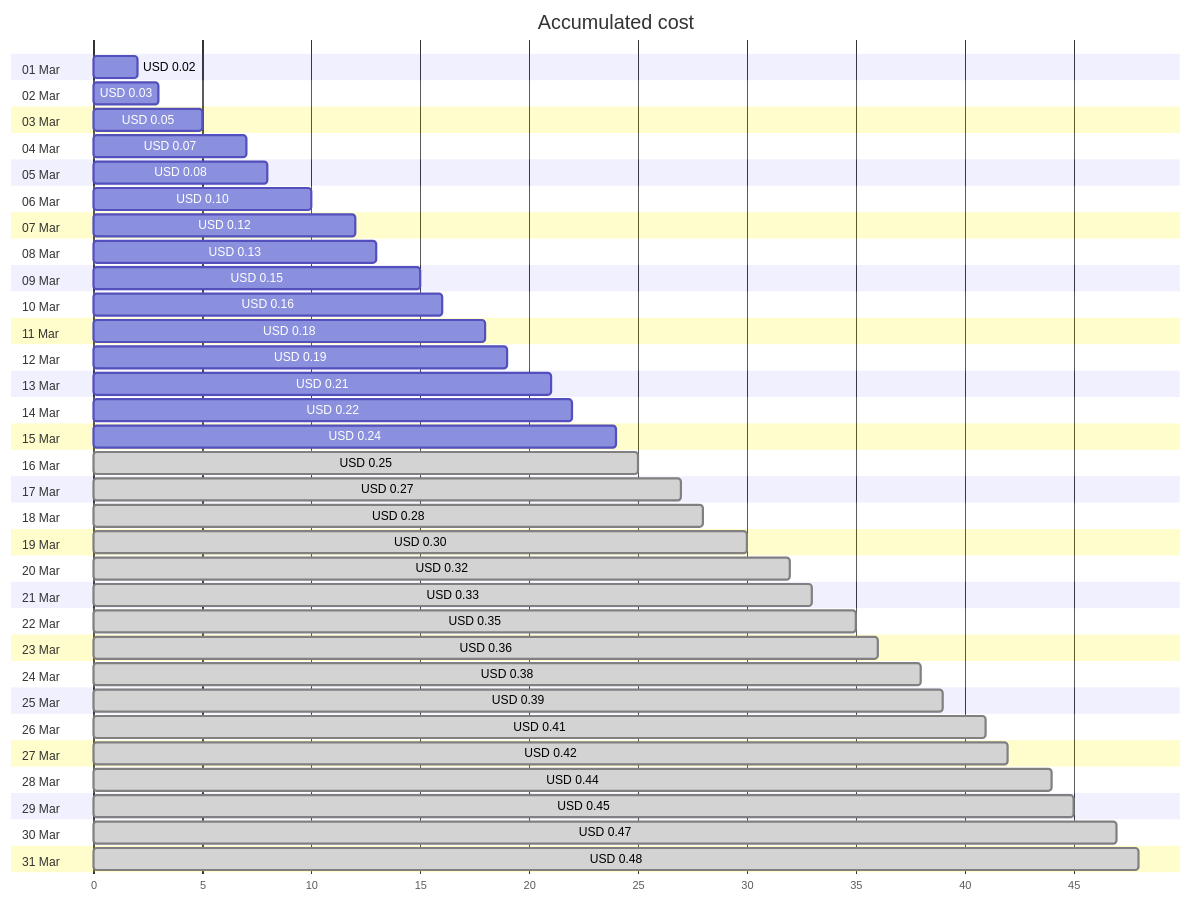
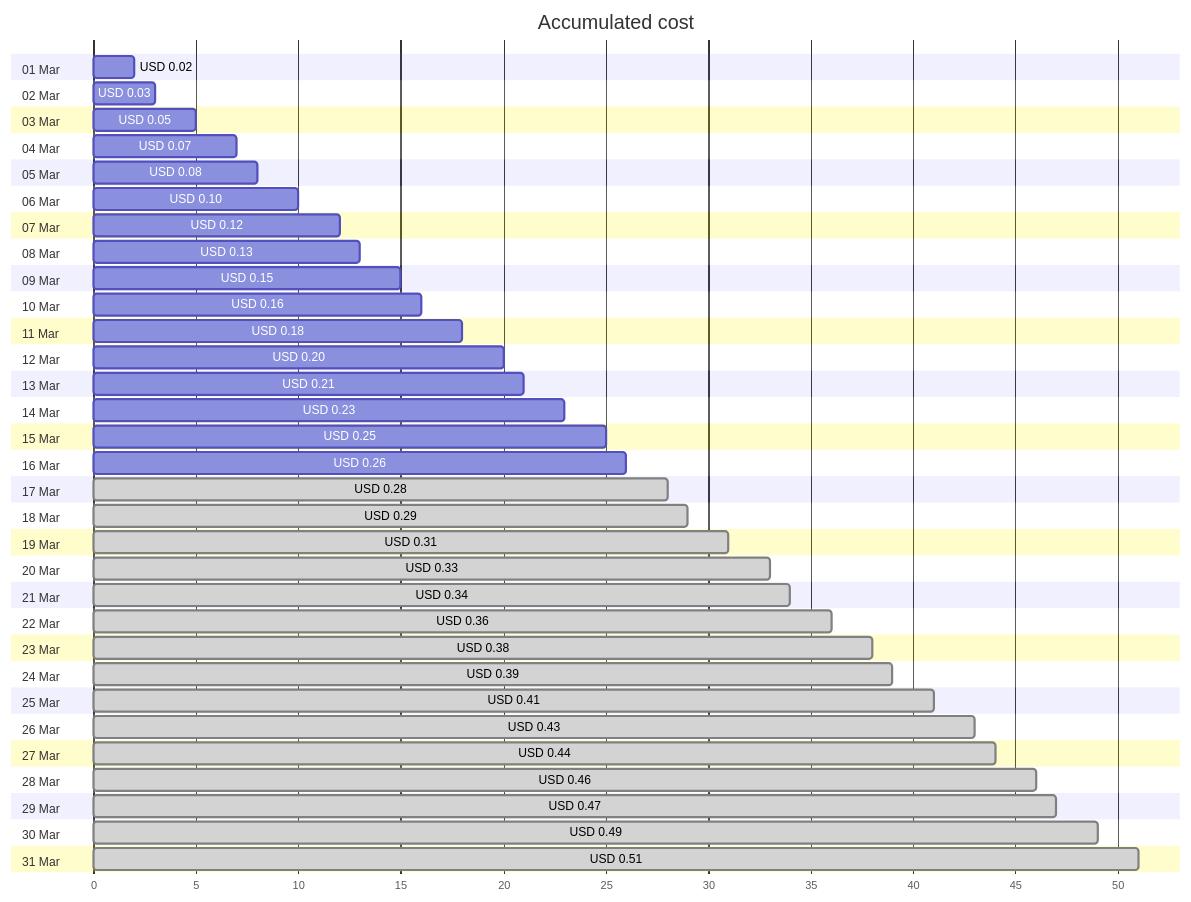
One commit to jpfulton/azure-personal-reports changed the first of 4 diagrams in cost-reports/personal-dns/jpatrickfulton.com.md. Above: the diagram before and after it, drawn with Mermaid. The commit also changed other lines of this file and 2 other files, not shown here.

Commit message:
Generated reports [skip ci]

````diff
--- a/cost-reports/personal-dns/jpatrickfulton.com.md
+++ b/cost-reports/personal-dns/jpatrickfulton.com.md
@@ -20,68 +20,68 @@
 ```mermaid
 gantt
    title Accumulated cost
    dateFormat  X
    axisFormat %s
    section 01 Mar
    USD 0.02 :0, 2
    section 02 Mar
    USD 0.03 :0, 3
    section 03 Mar
    USD 0.05 :0, 5
    section 04 Mar
    USD 0.07 :0, 7
    section 05 Mar
    USD 0.08 :0, 8
    section 06 Mar
    USD 0.10 :0, 10
    section 07 Mar
    USD 0.12 :0, 12
    section 08 Mar
    USD 0.13 :0, 13
    section 09 Mar
    USD 0.15 :0, 15
    section 10 Mar
    USD 0.16 :0, 16
    section 11 Mar
    USD 0.18 :0, 18
    section 12 Mar
-   USD 0.19 :0, 19
+   USD 0.20 :0, 20
    section 13 Mar
    USD 0.21 :0, 21
    section 14 Mar
-   USD 0.22 :0, 22
+   USD 0.23 :0, 23
    section 15 Mar
-   USD 0.24 :0, 24
+   USD 0.25 :0, 25
    section 16 Mar
-   USD 0.25 : done, 0, 25
+   USD 0.26 :0, 26
    section 17 Mar
-   USD 0.27 : done, 0, 27
+   USD 0.28 : done, 0, 28
    section 18 Mar
-   USD 0.28 : done, 0, 28
+   USD 0.29 : done, 0, 29
    section 19 Mar
-   USD 0.30 : done, 0, 30
+   USD 0.31 : done, 0, 31
    section 20 Mar
-   USD 0.32 : done, 0, 32
+   USD 0.33 : done, 0, 33
    section 21 Mar
-   USD 0.33 : done, 0, 33
+   USD 0.34 : done, 0, 34
    section 22 Mar
-   USD 0.35 : done, 0, 35
+   USD 0.36 : done, 0, 36
    section 23 Mar
-   USD 0.36 : done, 0, 36
+   USD 0.38 : done, 0, 38
    section 24 Mar
-   USD 0.38 : done, 0, 38
+   USD 0.39 : done, 0, 39
    section 25 Mar
-   USD 0.39 : done, 0, 39
+   USD 0.41 : done, 0, 41
    section 26 Mar
-   USD 0.41 : done, 0, 41
+   USD 0.43 : done, 0, 43
    section 27 Mar
-   USD 0.42 : done, 0, 42
+   USD 0.44 : done, 0, 44
    section 28 Mar
-   USD 0.44 : done, 0, 44
+   USD 0.46 : done, 0, 46
    section 29 Mar
-   USD 0.45 : done, 0, 45
+   USD 0.47 : done, 0, 47
    section 30 Mar
-   USD 0.47 : done, 0, 47
+   USD 0.49 : done, 0, 49
    section 31 Mar
-   USD 0.48 : done, 0, 48
+   USD 0.51 : done, 0, 51
 ```
````
